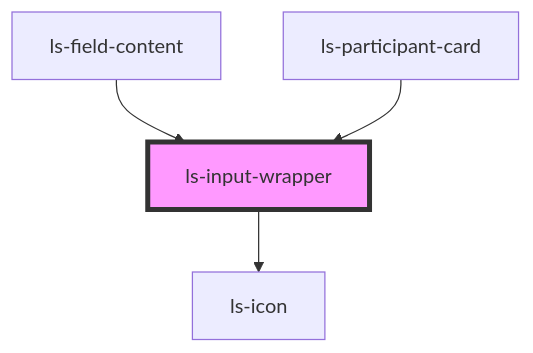
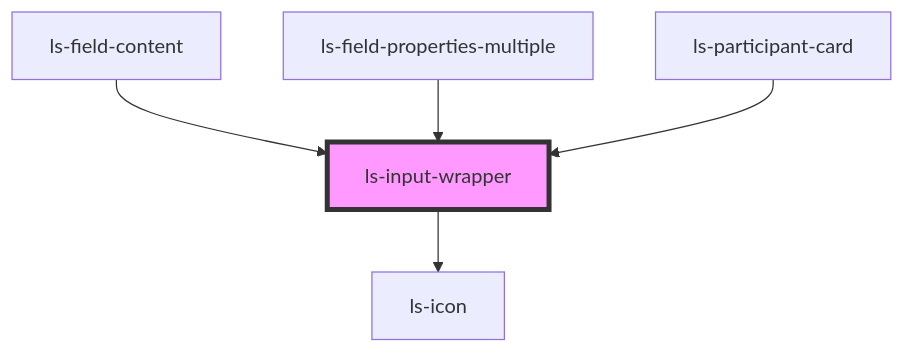
The diagram in src/components/ls-input-wrapper/readme.md (legalesign/ls-document-viewer), drawn with Mermaid before and after one commit. The commit also changed other lines of this file and 7 other files, not shown here.

````diff
--- a/src/components/ls-input-wrapper/readme.md
+++ b/src/components/ls-input-wrapper/readme.md
@@ -28,7 +29,8 @@
 ```mermaid
 graph TD;
   ls-input-wrapper --> ls-icon
   ls-field-content --> ls-input-wrapper
+  ls-field-properties-multiple --> ls-input-wrapper
   ls-participant-card --> ls-input-wrapper
   style ls-input-wrapper fill:#f9f,stroke:#333,stroke-width:4px
 ```
````
